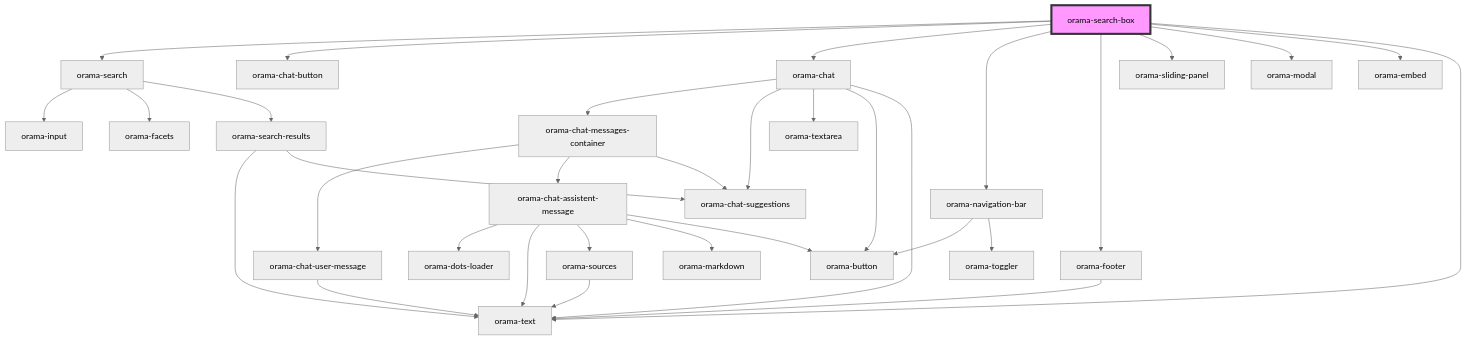
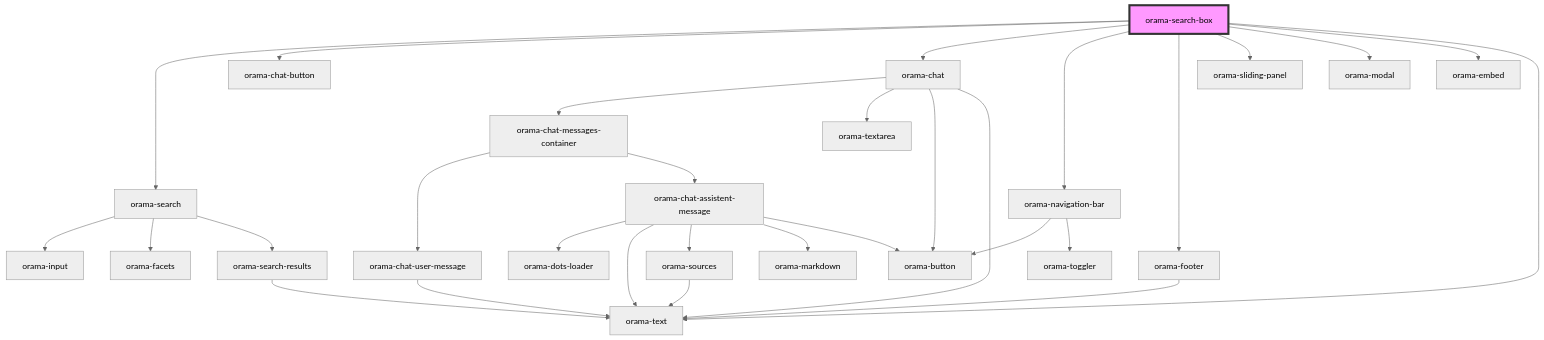
The diagram in packages/ui-stencil/src/components/orama-search-box/readme.md (oramasearch/orama-ui-components), drawn with Mermaid (neutral theme) before and after one commit. The commit also changed 14 other files, not shown here.

````diff
--- a/packages/ui-stencil/src/components/orama-search-box/readme.md
+++ b/packages/ui-stencil/src/components/orama-search-box/readme.md
@@ -54,36 +54,33 @@
 ```mermaid
 graph TD;
   orama-search-box --> orama-search
   orama-search-box --> orama-chat-button
   orama-search-box --> orama-chat
   orama-search-box --> orama-navigation-bar
   orama-search-box --> orama-footer
   orama-search-box --> orama-sliding-panel
   orama-search-box --> orama-modal
   orama-search-box --> orama-embed
   orama-search-box --> orama-text
   orama-search --> orama-input
   orama-search --> orama-facets
   orama-search --> orama-search-results
   orama-search-results --> orama-text
-  orama-search-results --> orama-chat-suggestions
   orama-chat --> orama-chat-messages-container
-  orama-chat --> orama-chat-suggestions
   orama-chat --> orama-textarea
   orama-chat --> orama-button
   orama-chat --> orama-text
   orama-chat-messages-container --> orama-chat-user-message
   orama-chat-messages-container --> orama-chat-assistent-message
-  orama-chat-messages-container --> orama-chat-suggestions
   orama-chat-user-message --> orama-text
   orama-chat-assistent-message --> orama-dots-loader
   orama-chat-assistent-message --> orama-text
   orama-chat-assistent-message --> orama-sources
   orama-chat-assistent-message --> orama-markdown
   orama-chat-assistent-message --> orama-button
   orama-sources --> orama-text
   orama-navigation-bar --> orama-button
   orama-navigation-bar --> orama-toggler
   orama-footer --> orama-text
   style orama-search-box fill:#f9f,stroke:#333,stroke-width:4px
 ```
````
